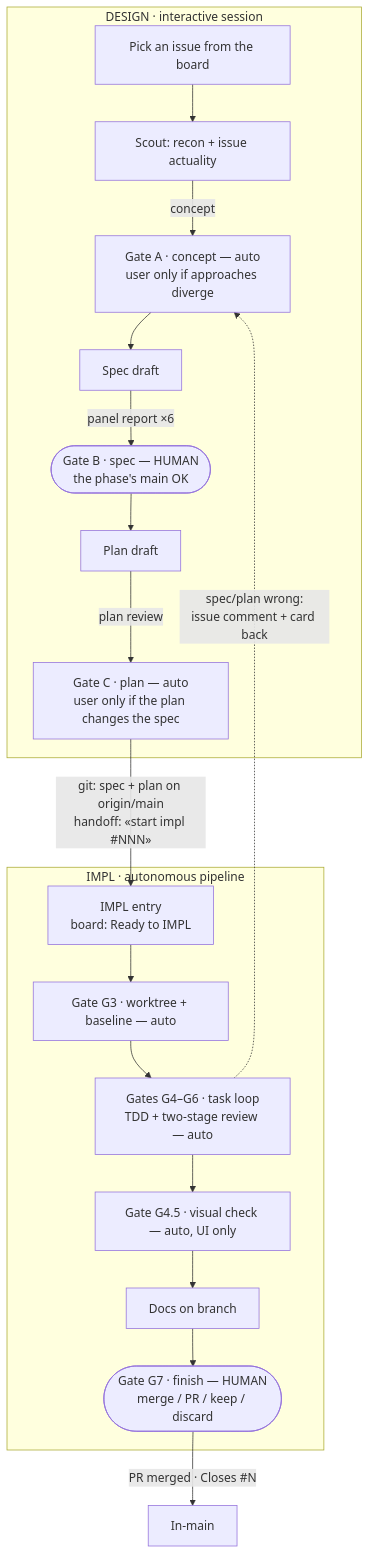
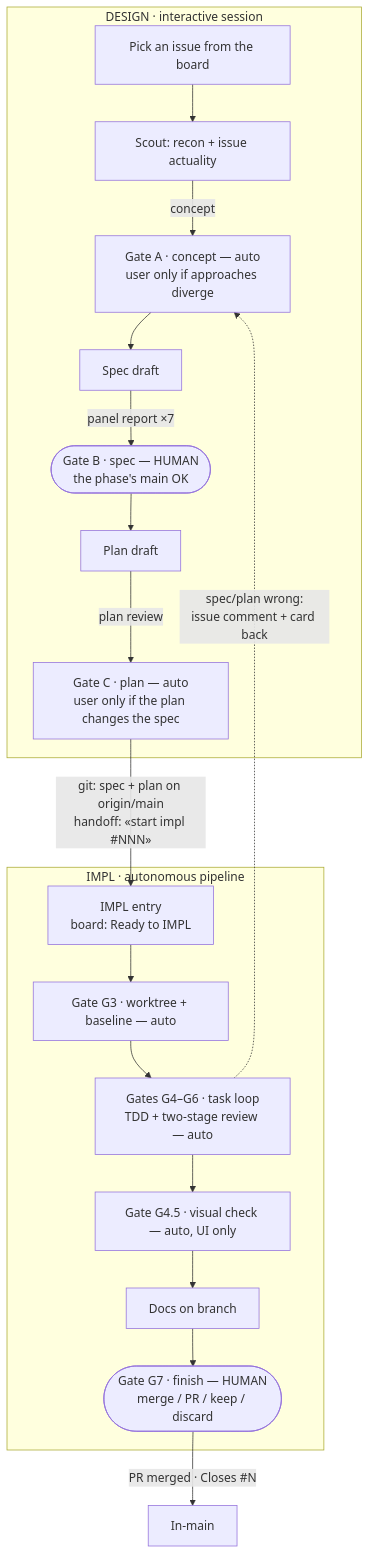
The diagram in README.md (mkosinov/superagents), drawn with Mermaid before and after one commit. The commit also changed 18 other files, not shown here.

````diff
--- a/README.md
+++ b/README.md
@@ -25,24 +25,24 @@
 ```mermaid
 flowchart TD
     subgraph DESIGN["DESIGN · interactive session"]
         PICK["Pick an issue from the board"] --> SCOUT["Scout: recon + issue actuality"]
         SCOUT -->|"concept"| A["Gate A · concept — auto<br/>user only if approaches diverge"]
         A --> SPEC["Spec draft"]
-        SPEC -->|"panel report ×6"| B(["Gate B · spec — HUMAN<br/>the phase's main OK"])
+        SPEC -->|"panel report ×7"| B(["Gate B · spec — HUMAN<br/>the phase's main OK"])
         B --> PLAN["Plan draft"]
         PLAN -->|"plan review"| C["Gate C · plan — auto<br/>user only if the plan changes the spec"]
     end
 
     C -->|"git: spec + plan on origin/main<br/>handoff: «start impl #NNN»"| ENTRY["IMPL entry<br/>board: Ready to IMPL"]
 
     subgraph IMPL["IMPL · autonomous pipeline"]
         ENTRY --> G3["Gate G3 · worktree + baseline — auto"]
         G3 --> LOOP["Gates G4–G6 · task loop<br/>TDD + two-stage review — auto"]
         LOOP --> G45["Gate G4.5 · visual check — auto, UI only"]
         G45 --> DOCS["Docs on branch"]
         DOCS --> G7(["Gate G7 · finish — HUMAN<br/>merge / PR / keep / discard"])
     end
 
     G7 -->|"PR merged · Closes #N"| INMAIN["In-main"]
     LOOP -.->|"spec/plan wrong:<br/>issue comment + card back"| A
 ```
````
